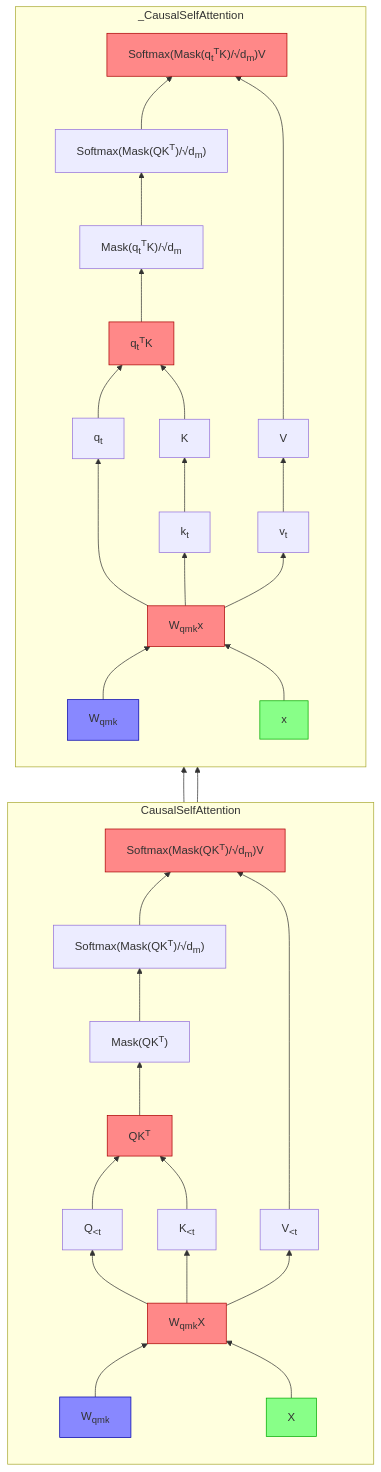
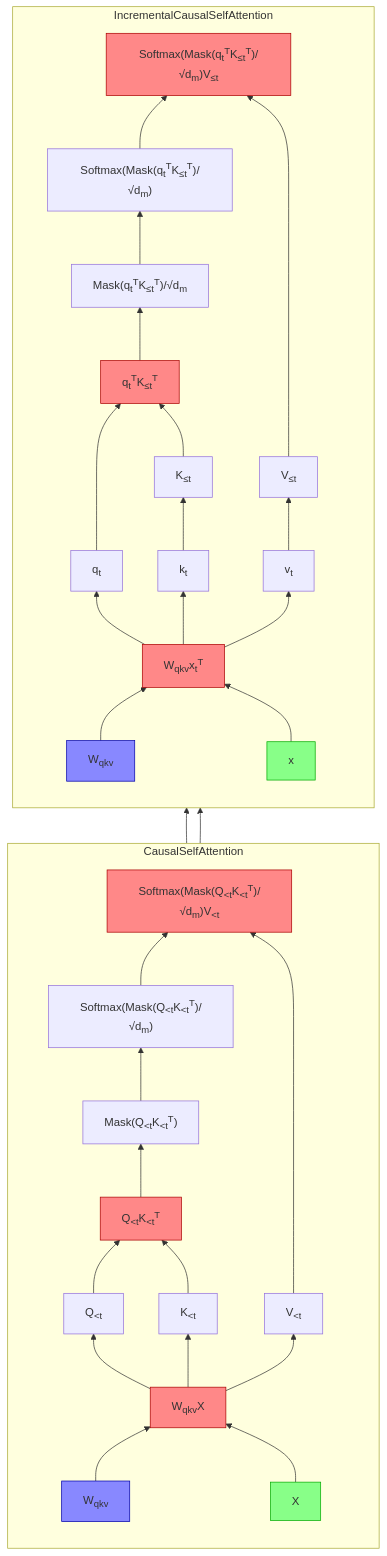
One commit to tloen/tloen.github.io changed the third of 4 diagrams in _posts/2022-01-27-optimization.md. Above: the diagram before and after it, drawn with Mermaid. The commit also changed other lines of this file, not shown here.

````diff
--- a/_posts/2022-01-27-optimization.md
+++ b/_posts/2022-01-27-optimization.md
@@ -457,47 +479,47 @@
 ```mermaid
 
 flowchart BT
 classDef weight fill:#88f,stroke:#00a
 classDef input fill:#8f8,stroke:#0a0
 classDef matmul fill:#f88,stroke:#a00
 
 subgraph CausalSelfAttention
     direction BT
-    Wqmk["W<sub>qmk</sub>"] --> QKV["W<sub>qmk</sub>X"]
-    class Wqmk weight
+    Wqkv["W<sub>qkv</sub>"] --> QKV["W<sub>qkv</sub>X"]
+    class Wqkv weight
     xcsa[X] --> QKV
     class QKV matmul
     class xcsa input
     QKV --> Q["Q<sub>&lt;t</sub>"]
     QKV --> K["K<sub>&lt;t</sub>"]
     QKV --> V["V<sub>&lt;t</sub>"]
-    Q --> QK["QK<sup>T</sup>"]
+    Q --> QK["Q<sub>&lt;t</sub>K<sub>&lt;t</sub><sup>T</sup>"]
     K --> QK
     class QK matmul
-    QK --> mQK["Mask(QK<sup>T</sup>)"] --> sQK["Softmax(Mask(QK<sup>T</sup>)/√d<sub>m</sub>)"]
+    QK --> mQK["Mask(Q<sub>&lt;t</sub>K<sub>&lt;t</sub><sup>T</sup>)"] --> sQK["Softmax(Mask(Q<sub>&lt;t</sub>K<sub>&lt;t</sub><sup>T</sup>)/√d<sub>m</sub>)"]
     sQK --> attn
-    V -----> attn["Softmax(Mask(QK<sup>T</sup>)/√d<sub>m</sub>)V"]
+    V -----> attn["Softmax(Mask(Q<sub>&lt;t</sub>K<sub>&lt;t</sub><sup>T</sup>)/√d<sub>m</sub>)V<sub>&lt;t</sub>"]
     class attn matmul
 end
 
-subgraph _CausalSelfAttention
+subgraph IncrementalCausalSelfAttention
     direction BT
-    _Wqmk["W<sub>qmk</sub>"] --> _QKV["W<sub>qmk</sub>x"]
-    class _Wqmk weight
+    _Wqkv["W<sub>qkv</sub>"] --> _QKV["W<sub>qkv</sub>x<sub>t</sub><sup>T</sup>"]
+    class _Wqkv weight
     _xcsa[x] --> _QKV
     class _QKV matmul
     class _xcsa input
     _QKV --> _Q["q<sub>t</sub>"]
     _QKV --> _K["k<sub>t</sub>"]
     _QKV --> _V["v<sub>t</sub>"]
-    _Q --> _QK["q<sub>t</sub><sup>T</sup>K"]
+    _Q ---> _QK["q<sub>t</sub><sup>T</sup>K<sub>≤t</sub><sup>T</sup>"]
     _K --> __K
-    K --> __K["K"] -->_QK
+    K --> __K["K<sub>≤t</sub>"] -->_QK
     class _QK matmul
-    _QK --> _mQK["Mask(q<sub>t</sub><sup>T</sup>K)/√d<sub>m</sub>"] --> _sQK["Softmax(Mask(QK<sup>T</sup>)/√d<sub>m</sub>)"]
+    _QK --> _mQK["Mask(q<sub>t</sub><sup>T</sup>K<sub>≤t</sub><sup>T</sup>)/√d<sub>m</sub>"] --> _sQK["Softmax(Mask(q<sub>t</sub><sup>T</sup>K<sub>≤t</sub><sup>T</sup>)/√d<sub>m</sub>)"]
     _sQK --> _attn
     _V --> __V
-    V --> __V["V"] -----> _attn["Softmax(Mask(q<sub>t</sub><sup>T</sup>K)/√d<sub>m</sub>)V"]
+    V --> __V["V<sub>≤t</sub>"] -----> _attn["Softmax(Mask(q<sub>t</sub><sup>T</sup>K<sub>≤t</sub><sup>T</sup>)/√d<sub>m</sub>)V<sub>≤t</sub>"]
     class _attn matmul
 end
 ```
````
